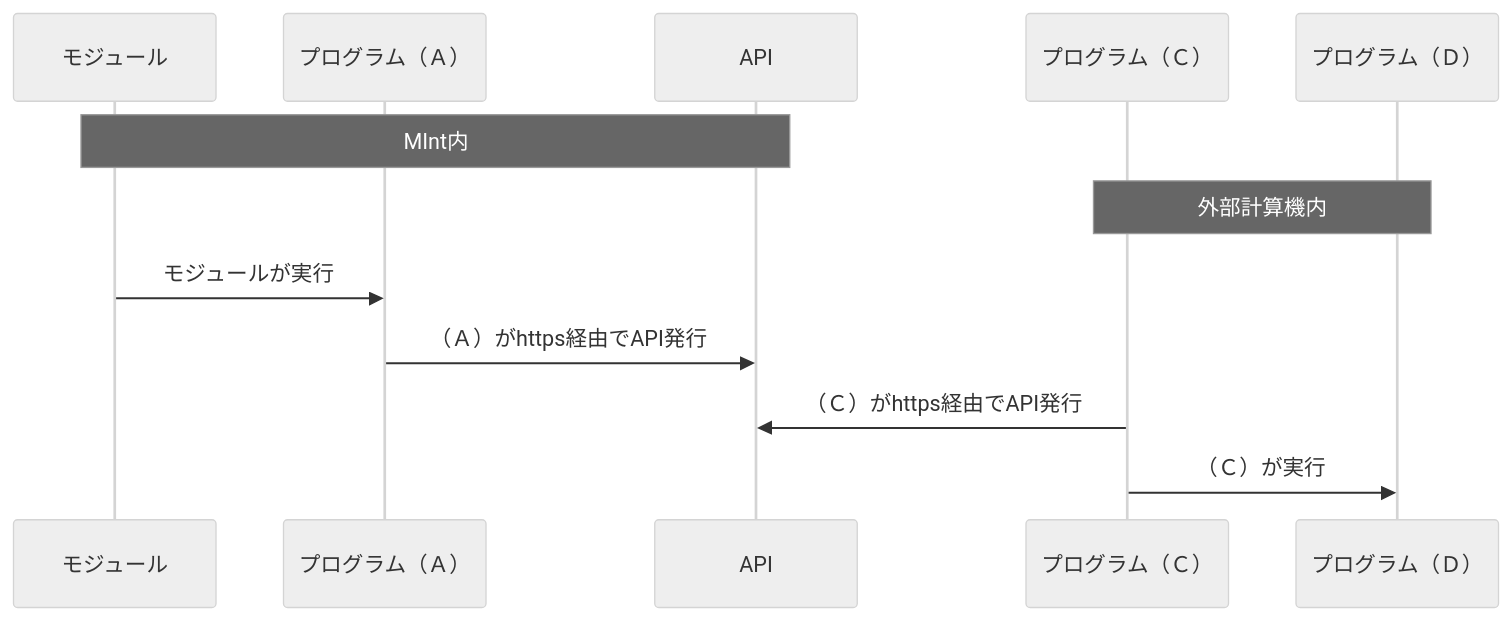
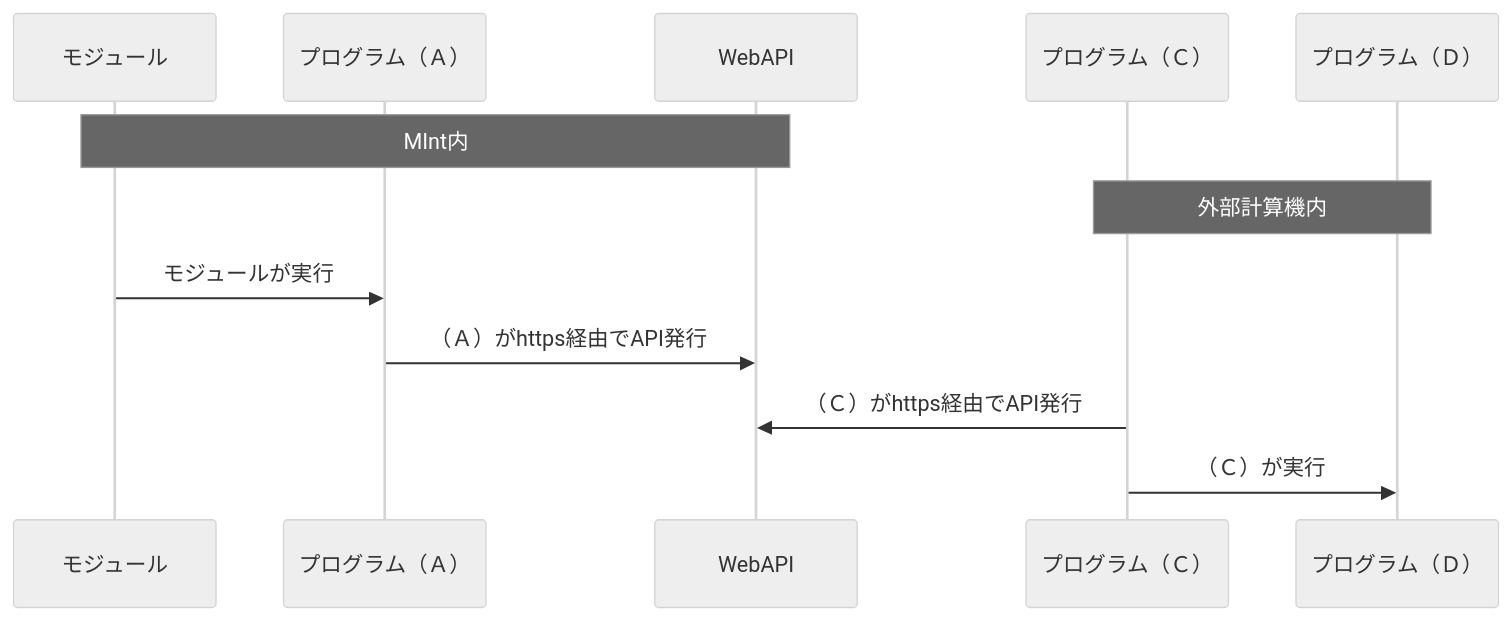
One commit to materialsintegration/remote_workflow changed the fourth of 4 diagrams in documents/manual2nd/source/using_distributed_properties.rst. Above: the diagram before and after it, drawn with Mermaid (neutral theme). The commit also changed other lines of this file and 7 other files, not shown here.

```diff
--- a/documents/manual2nd/source/using_distributed_properties.rst
+++ b/documents/manual2nd/source/using_distributed_properties.rst
@@ -283,19 +290,19 @@
 .. mermaid::
    :caption: WebAPI方式でのコマンドの流れ
    :align: center
 
    sequenceDiagram;
 
      participant A as モジュール
      participant B as プログラム（Ａ）
-     participant C as API
+     participant C as WebAPI
      participant D as プログラム（Ｃ）
      participant E as プログラム（Ｄ）
 
      Note over A,C : MInt内
      Note over D,E : 外部計算機内
 
      A->>B:モジュールが実行
      B->>C:（Ａ）がhttps経由でAPI発行
      D->>C:（Ｃ）がhttps経由でAPI発行
      D->>E:（Ｃ）が実行
```
